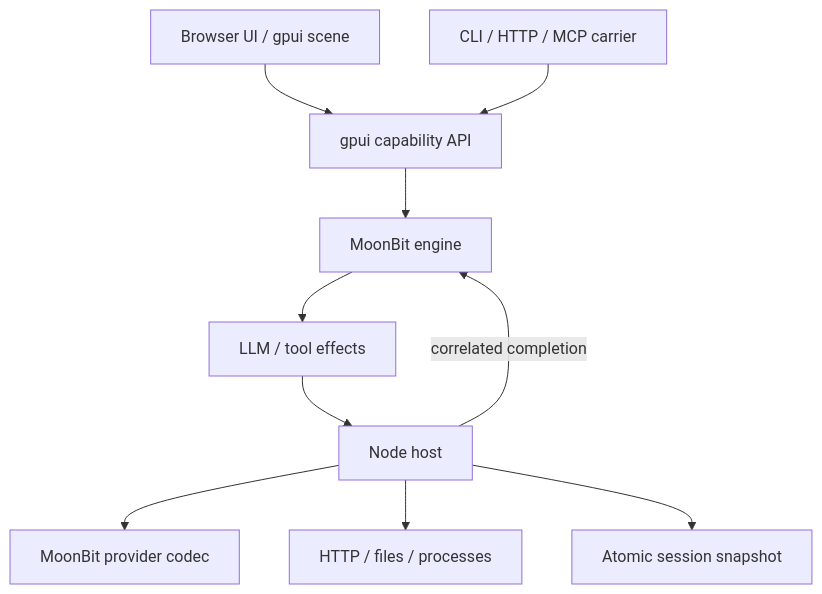
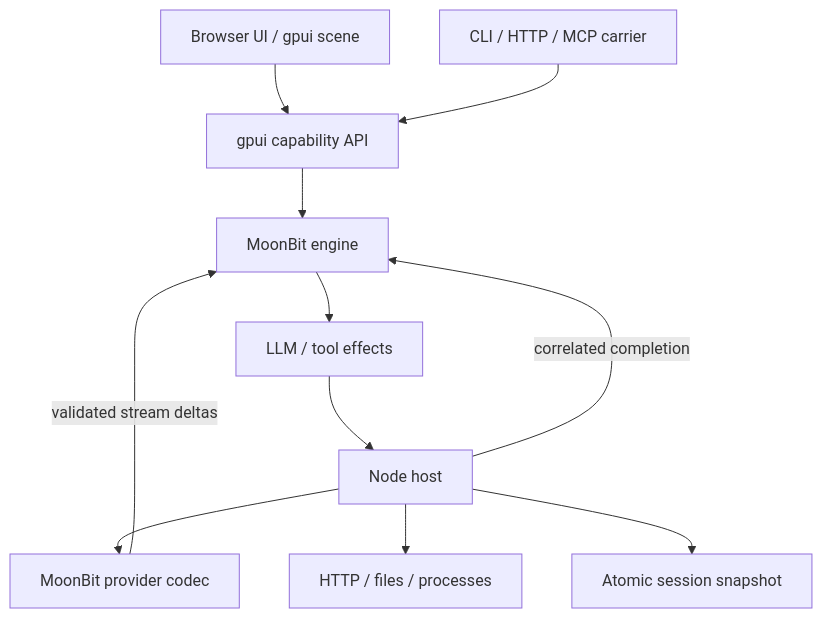
One commit to f4ah6o/dsh.mbt changed the diagram in docs/architecture.md. Above: the diagram before and after it, drawn with Mermaid. The commit also changed other lines of this file and 23 other files, not shown here.

````diff
--- a/docs/architecture.md
+++ b/docs/architecture.md
@@ -8,12 +8,13 @@
 ```mermaid
 flowchart TD
   UI["Browser UI / gpui scene"] --> API["gpui capability API"]
   CLI["CLI / HTTP / MCP carrier"] --> API
   API --> E["MoonBit engine"]
   E --> Q["LLM / tool effects"]
   Q --> H["Node host"]
   H --> P["MoonBit provider codec"]
+  P -->|"validated stream deltas"| E
   H --> IO["HTTP / files / processes"]
   H --> D["Atomic session snapshot"]
   H -->|"correlated completion"| E
 ```
````
